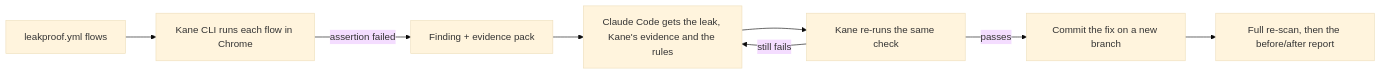
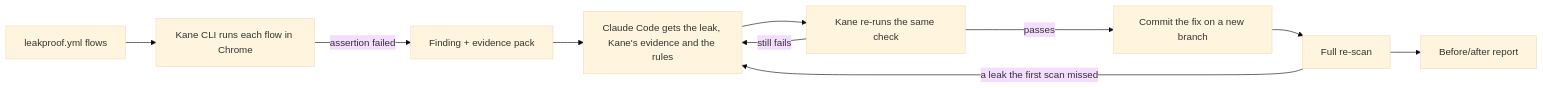
One commit to MohitGoyal09/leakproof changed the diagram in README.md. Above: the diagram before and after it, drawn with Mermaid (base theme). The commit also changed other lines of this file and 13 other files, not shown here.

````diff
--- a/README.md
+++ b/README.md
@@ -53,10 +55,12 @@
 ```mermaid
 flowchart LR
   A[leakproof.yml flows] --> B[Kane CLI runs each flow in Chrome]
   B -->|assertion failed| C[Finding + evidence pack]
   C --> D[Claude Code gets the leak, Kane's evidence and the rules]
   D --> E[Kane re-runs the same check]
   E -->|passes| F[Commit the fix on a new branch]
   E -->|still fails| D
-  F --> G[Full re-scan, then the before/after report]
+  F --> G[Full re-scan]
+  G -->|a leak the first scan missed| D
+  G --> H[Before/after report]
 ```
````
